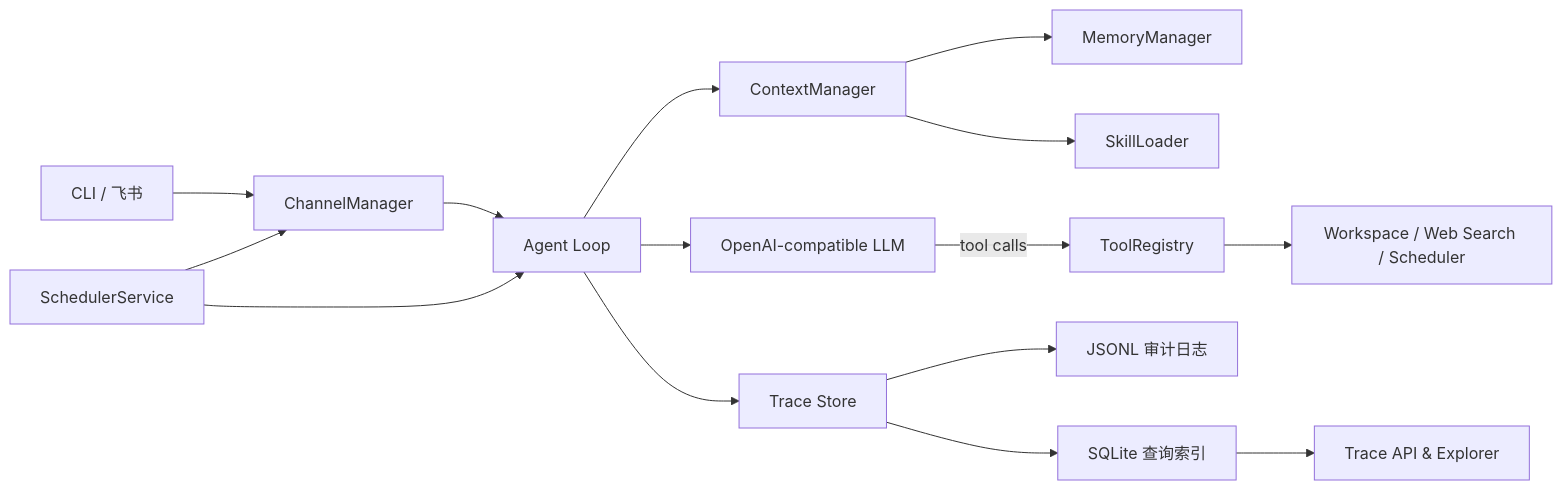
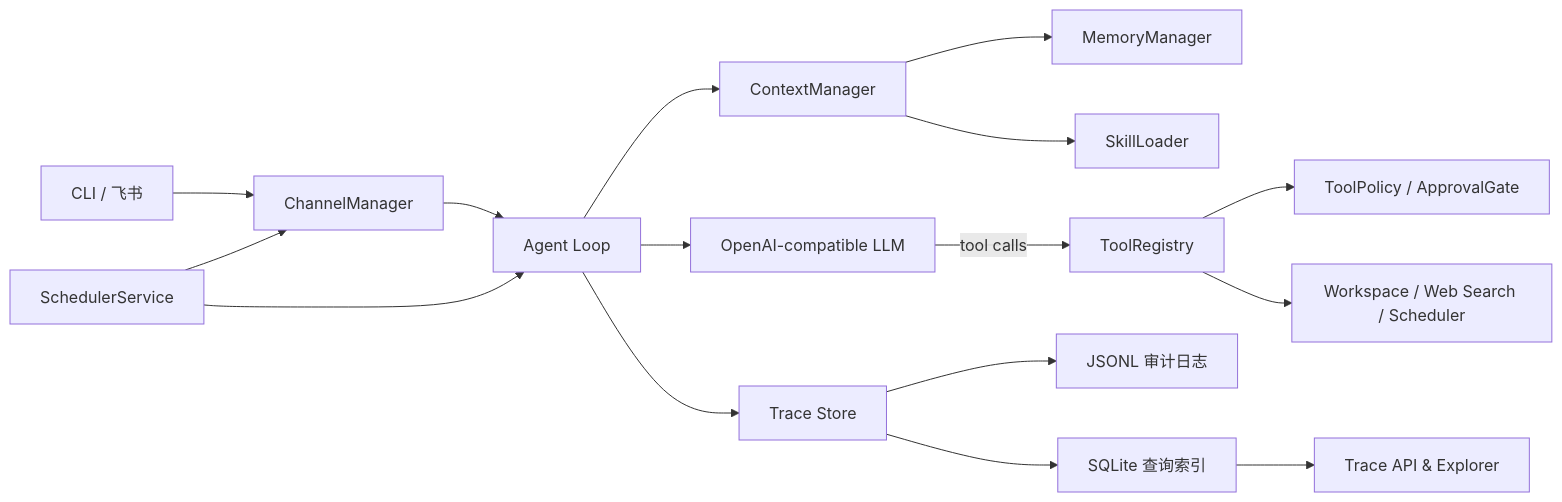
Before and after one commit to uuforeverr/My-Agent: the diagram in README.md, drawn with Mermaid. The commit also changed other lines of this file and 52 other files, not shown here.

First line of the commit message:
feat: add tool approval, context compaction, and bash allowlist

````diff
--- a/README.md
+++ b/README.md
@@ -60,17 +63,18 @@
 ```mermaid
 flowchart LR
     U[CLI / 飞书] --> CM[ChannelManager]
     CM --> A[Agent Loop]
     A --> C[ContextManager]
     C --> M[MemoryManager]
     C --> S[SkillLoader]
     A --> L[OpenAI-compatible LLM]
     L -->|tool calls| T[ToolRegistry]
+    T --> P[ToolPolicy / ApprovalGate]
     T --> W[Workspace / Web Search / Scheduler]
     A --> O[Trace Store]
     O --> J[JSONL 审计日志]
     O --> DB[SQLite 查询索引]
     DB --> D[Trace API & Explorer]
     SCH[SchedulerService] --> A
     SCH --> CM
 ```
````
